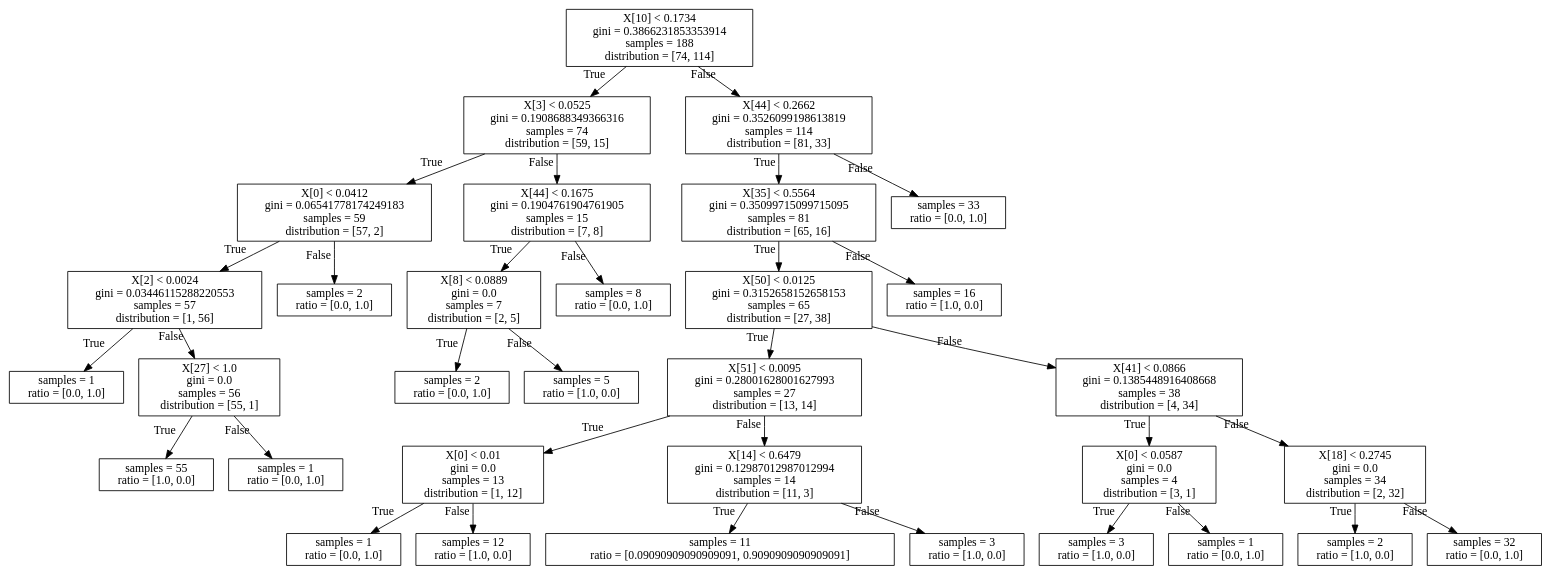
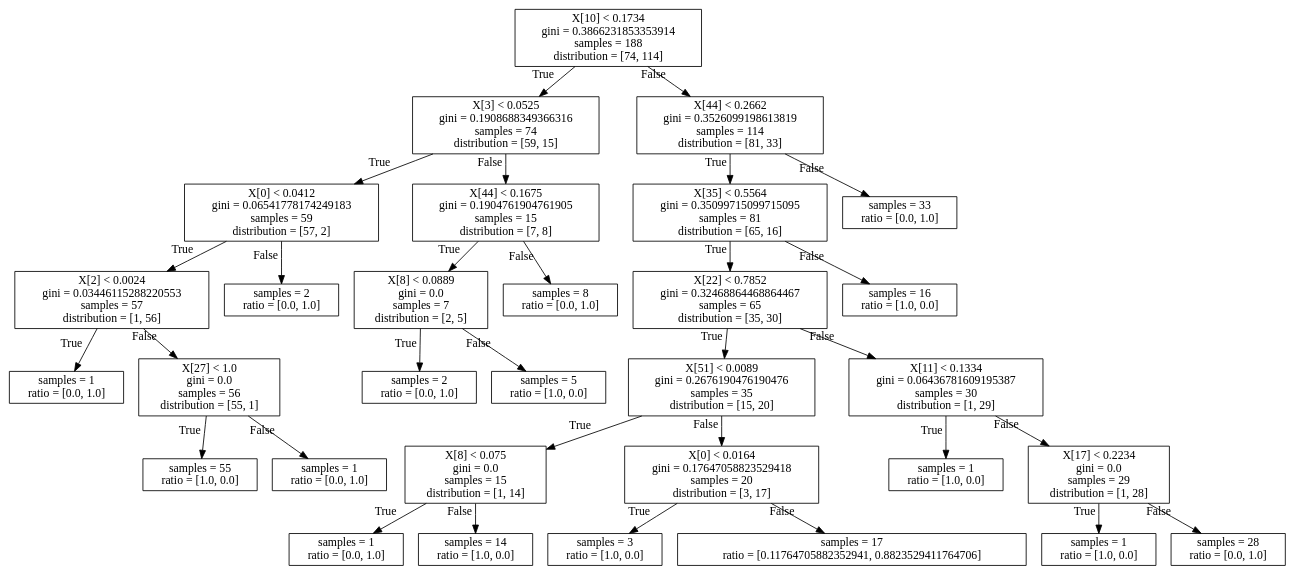
Before and after one commit to xingfanxia/comps_ediscovery: the diagram in xiax_exps/vis/tree.dot, drawn with Graphviz. The commit also changed 64 other files, not shown here.

```diff
--- a/xiax_exps/vis/tree.dot
+++ b/xiax_exps/vis/tree.dot
@@ -1,133 +1,125 @@
 digraph Tree {
 node [shape=box];
-6024831014 [label="X[10] < 0.1734
+6881699248 [label="X[10] < 0.1734
 gini = 0.3866231853353914
 samples = 188
 distribution = [74, 114]"];
-2982352972 [label="X[3] < 0.0525
+8770638208 [label="X[3] < 0.0525
 gini = 0.1908688349366316
 samples = 74
 distribution = [59, 15]"];
-6024831014 -> 2982352972 [labeldistance=8, labelangle=30, xlabel="True"]
-4216920791 [label="X[44] < 0.2662
+6881699248 -> 8770638208 [labeldistance=8, labelangle=30, xlabel="True"]
+4700123707 [label="X[44] < 0.2662
 gini = 0.3526099198613819
 samples = 114
 distribution = [81, 33]"];
-6024831014 -> 4216920791 [labeldistance=8, labelangle=-30, xlabel="False"]
-9869161638 [label="X[0] < 0.0412
+6881699248 -> 4700123707 [labeldistance=8, labelangle=-30, xlabel="False"]
+4654647968 [label="X[0] < 0.0412
 gini = 0.06541778174249183
 samples = 59
 distribution = [57, 2]"];
-2982352972 -> 9869161638 [labeldistance=8, labelangle=30, xlabel="True"]
-4500897446 [label="X[44] < 0.1675
+8770638208 -> 4654647968 [labeldistance=8, labelangle=30, xlabel="True"]
+6553537657 [label="X[44] < 0.1675
 gini = 0.1904761904761905
 samples = 15
 distribution = [7, 8]"];
-2982352972 -> 4500897446 [labeldistance=8, labelangle=-30, xlabel="False"]
-5345824640 [label="X[35] < 0.5564
+8770638208 -> 6553537657 [labeldistance=8, labelangle=-30, xlabel="False"]
+3464114809 [label="X[35] < 0.5564
 gini = 0.35099715099715095
 samples = 81
 distribution = [65, 16]"];
-4216920791 -> 5345824640 [labeldistance=8, labelangle=30, xlabel="True"]
-7232568316 [label="samples = 33
+4700123707 -> 3464114809 [labeldistance=8, labelangle=30, xlabel="True"]
+3210245292 [label="samples = 33
 ratio = [0.0, 1.0]"];
-4216920791 -> 7232568316 [labeldistance=8, labelangle=-30, xlabel="False"]
-2547858957 [label="X[2] < 0.0024
+4700123707 -> 3210245292 [labeldistance=8, labelangle=-30, xlabel="False"]
+5811362099 [label="X[2] < 0.0024
 gini = 0.03446115288220553
 samples = 57
 distribution = [1, 56]"];
-9869161638 -> 2547858957 [labeldistance=8, labelangle=30, xlabel="True"]
-7948422874 [label="samples = 2
+4654647968 -> 5811362099 [labeldistance=8, labelangle=30, xlabel="True"]
+3798319862 [label="samples = 2
 ratio = [0.0, 1.0]"];
-9869161638 -> 7948422874 [labeldistance=8, labelangle=-30, xlabel="False"]
-6433874808 [label="X[8] < 0.0889
+4654647968 -> 3798319862 [labeldistance=8, labelangle=-30, xlabel="False"]
+4619136900 [label="X[8] < 0.0889
 gini = 0.0
 samples = 7
 distribution = [2, 5]"];
-4500897446 -> 6433874808 [labeldistance=8, labelangle=30, xlabel="True"]
-7833314242 [label="samples = 8
+6553537657 -> 4619136900 [labeldistance=8, labelangle=30, xlabel="True"]
+9259891255 [label="samples = 8
 ratio = [0.0, 1.0]"];
-4500897446 -> 7833314242 [labeldistance=8, labelangle=-30, xlabel="False"]
-6901030300 [label="X[50] < 0.0125
-gini = 0.3152658152658153
+6553537657 -> 9259891255 [labeldistance=8, labelangle=-30, xlabel="False"]
+8875672165 [label="X[22] < 0.7852
+gini = 0.32468864468864467
 samples = 65
-distribution = [27, 38]"];
-5345824640 -> 6901030300 [labeldistance=8, labelangle=30, xlabel="True"]
-1111524703 [label="samples = 16
+distribution = [35, 30]"];
+3464114809 -> 8875672165 [labeldistance=8, labelangle=30, xlabel="True"]
+4765689049 [label="samples = 16
 ratio = [1.0, 0.0]"];
-5345824640 -> 1111524703 [labeldistance=8, labelangle=-30, xlabel="False"]
-2022203636 [label="samples = 1
+3464114809 -> 4765689049 [labeldistance=8, labelangle=-30, xlabel="False"]
+3591412296 [label="samples = 1
 ratio = [0.0, 1.0]"];
-2547858957 -> 2022203636 [labeldistance=8, labelangle=30, xlabel="True"]
-1439913420 [label="X[27] < 1.0
+5811362099 -> 3591412296 [labeldistance=8, labelangle=30, xlabel="True"]
+3217516306 [label="X[27] < 1.0
 gini = 0.0
 samples = 56
 distribution = [55, 1]"];
-2547858957 -> 1439913420 [labeldistance=8, labelangle=-30, xlabel="False"]
-6514042575 [label="samples = 2
+5811362099 -> 3217516306 [labeldistance=8, labelangle=-30, xlabel="False"]
+1531040438 [label="samples = 2
 ratio = [0.0, 1.0]"];
-6433874808 -> 6514042575 [labeldistance=8, labelangle=30, xlabel="True"]
-9625326158 [label="samples = 5
+4619136900 -> 1531040438 [labeldistance=8, labelangle=30, xlabel="True"]
+3333172916 [label="samples = 5
 ratio = [1.0, 0.0]"];
-6433874808 -> 9625326158 [labeldistance=8, labelangle=-30, xlabel="False"]
-8176074814 [label="X[51] < 0.0095
-gini = 0.28001628001627993
-samples = 27
-distribution = [13, 14]"];
-6901030300 -> 8176074814 [labeldistance=8, labelangle=30, xlabel="True"]
-2025222459 [label="X[41] < 0.0866
-gini = 0.1385448916408668
-samples = 38
-distribution = [4, 34]"];
-6901030300 -> 2025222459 [labeldistance=8, labelangle=-30, xlabel="False"]
-8165799874 [label="samples = 55
+4619136900 -> 3333172916 [labeldistance=8, labelangle=-30, xlabel="False"]
+9723131072 [label="X[51] < 0.0089
+gini = 0.2676190476190476
+samples = 35
+distribution = [15, 20]"];
+8875672165 -> 9723131072 [labeldistance=8, labelangle=30, xlabel="True"]
+8317268160 [label="X[11] < 0.1334
+gini = 0.06436781609195387
+samples = 30
+distribution = [1, 29]"];
+8875672165 -> 8317268160 [labeldistance=8, labelangle=-30, xlabel="False"]
+4943781019 [label="samples = 55
 ratio = [1.0, 0.0]"];
-1439913420 -> 8165799874 [labeldistance=8, labelangle=30, xlabel="True"]
-4952626714 [label="samples = 1
+3217516306 -> 4943781019 [labeldistance=8, labelangle=30, xlabel="True"]
+5402012155 [label="samples = 1
 ratio = [0.0, 1.0]"];
-1439913420 -> 4952626714 [labeldistance=8, labelangle=-30, xlabel="False"]
-6034244464 [label="X[0] < 0.01
+3217516306 -> 5402012155 [labeldistance=8, labelangle=-30, xlabel="False"]
+4685738186 [label="X[8] < 0.075
 gini = 0.0
-samples = 13
-distribution = [1, 12]"];
-8176074814 -> 6034244464 [labeldistance=8, labelangle=30, xlabel="True"]
-3673907292 [label="X[14] < 0.6479
-gini = 0.12987012987012994
-samples = 14
-distribution = [11, 3]"];
-8176074814 -> 3673907292 [labeldistance=8, labelangle=-30, xlabel="False"]
-2104729093 [label="X[0] < 0.0587
+samples = 15
+distribution = [1, 14]"];
+9723131072 -> 4685738186 [labeldistance=8, labelangle=30, xlabel="True"]
+3411693676 [label="X[0] < 0.0164
+gini = 0.17647058823529418
+samples = 20
+distribution = [3, 17]"];
+9723131072 -> 3411693676 [labeldistance=8, labelangle=-30, xlabel="False"]
+5437530967 [label="samples = 1
+ratio = [1.0, 0.0]"];
+8317268160 -> 5437530967 [labeldistance=8, labelangle=30, xlabel="True"]
+6088124373 [label="X[17] < 0.2234
 gini = 0.0
-samples = 4
-distribution = [3, 1]"];
-2025222459 -> 2104729093 [labeldistance=8, labelangle=30, xlabel="True"]
-9624936210 [label="X[18] < 0.2745
-gini = 0.0
-samples = 34
-distribution = [2, 32]"];
-2025222459 -> 9624936210 [labeldistance=8, labelangle=-30, xlabel="False"]
-7425028897 [label="samples = 1
+samples = 29
+distribution = [1, 28]"];
+8317268160 -> 6088124373 [labeldistance=8, labelangle=-30, xlabel="False"]
+7161837865 [label="samples = 1
 ratio = [0.0, 1.0]"];
-6034244464 -> 7425028897 [labeldistance=8, labelangle=30, xlabel="True"]
-2382316865 [label="samples = 12
+4685738186 -> 7161837865 [labeldistance=8, labelangle=30, xlabel="True"]
+3859481935 [label="samples = 14
 ratio = [1.0, 0.0]"];
-6034244464 -> 2382316865 [labeldistance=8, labelangle=-30, xlabel="False"]
-6810712367 [label="samples = 11
-ratio = [0.09090909090909091, 0.9090909090909091]"];
-3673907292 -> 6810712367 [labeldistance=8, labelangle=30, xlabel="True"]
-7814714370 [label="samples = 3
+4685738186 -> 3859481935 [labeldistance=8, labelangle=-30, xlabel="False"]
+6091771327 [label="samples = 3
 ratio = [1.0, 0.0]"];
-3673907292 -> 7814714370 [labeldistance=8, labelangle=-30, xlabel="False"]
-4151781008 [label="samples = 3
+3411693676 -> 6091771327 [labeldistance=8, labelangle=30, xlabel="True"]
+2451887680 [label="samples = 17
+ratio = [0.11764705882352941, 0.8823529411764706]"];
+3411693676 -> 2451887680 [labeldistance=8, labelangle=-30, xlabel="False"]
+9376384328 [label="samples = 1
 ratio = [1.0, 0.0]"];
-2104729093 -> 4151781008 [labeldistance=8, labelangle=30, xlabel="True"]
-7487935945 [label="samples = 1
+6088124373 -> 9376384328 [labeldistance=8, labelangle=30, xlabel="True"]
+2595094352 [label="samples = 28
 ratio = [0.0, 1.0]"];
-2104729093 -> 7487935945 [labeldistance=8, labelangle=-30, xlabel="False"]
-9875473854 [label="samples = 2
-ratio = [1.0, 0.0]"];
-9624936210 -> 9875473854 [labeldistance=8, labelangle=30, xlabel="True"]
-7876318398 [label="samples = 32
-ratio = [0.0, 1.0]"];
-9624936210 -> 7876318398 [labeldistance=8, labelangle=-30, xlabel="False"]
+6088124373 -> 2595094352 [labeldistance=8, labelangle=-30, xlabel="False"]
 }
```
